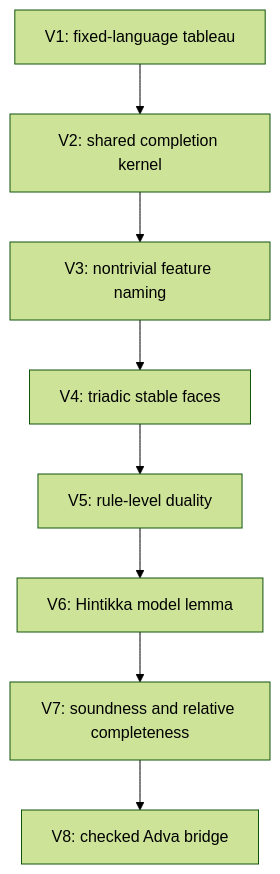
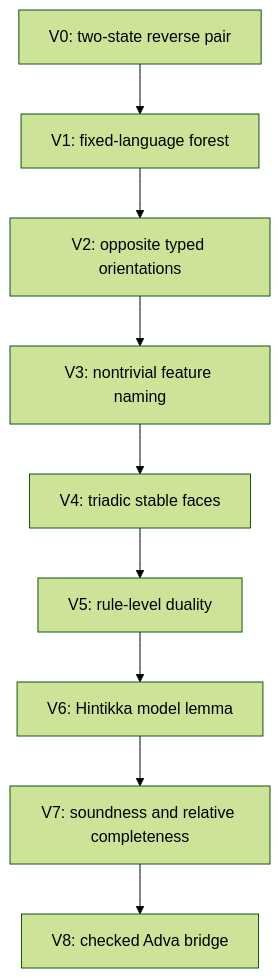
Before and after one commit to mountain/adva: the diagram in docs/research/0066-self-dual-characteristic-completion-calculus.md, drawn with Mermaid (forest theme). The commit also changed other lines of this file, not shown here.

Commit message:
Correct characteristic completion to reverse duality

````diff
--- a/docs/research/0066-self-dual-characteristic-completion-calculus.md
+++ b/docs/research/0066-self-dual-characteristic-completion-calculus.md
@@ -568,10 +811,11 @@
 ```mermaid
 flowchart TD
-    A["V1: fixed-language tableau"] --> B["V2: shared completion kernel"]
+    Z["V0: two-state reverse pair"] --> A["V1: fixed-language forest"]
+    A --> B["V2: opposite typed orientations"]
     B --> C["V3: nontrivial feature naming"]
     C --> D["V4: triadic stable faces"]
     D --> E["V5: rule-level duality"]
     E --> F["V6: Hintikka model lemma"]
     F --> G["V7: soundness and relative completeness"]
     G --> H["V8: checked Adva bridge"]
 ```
````
